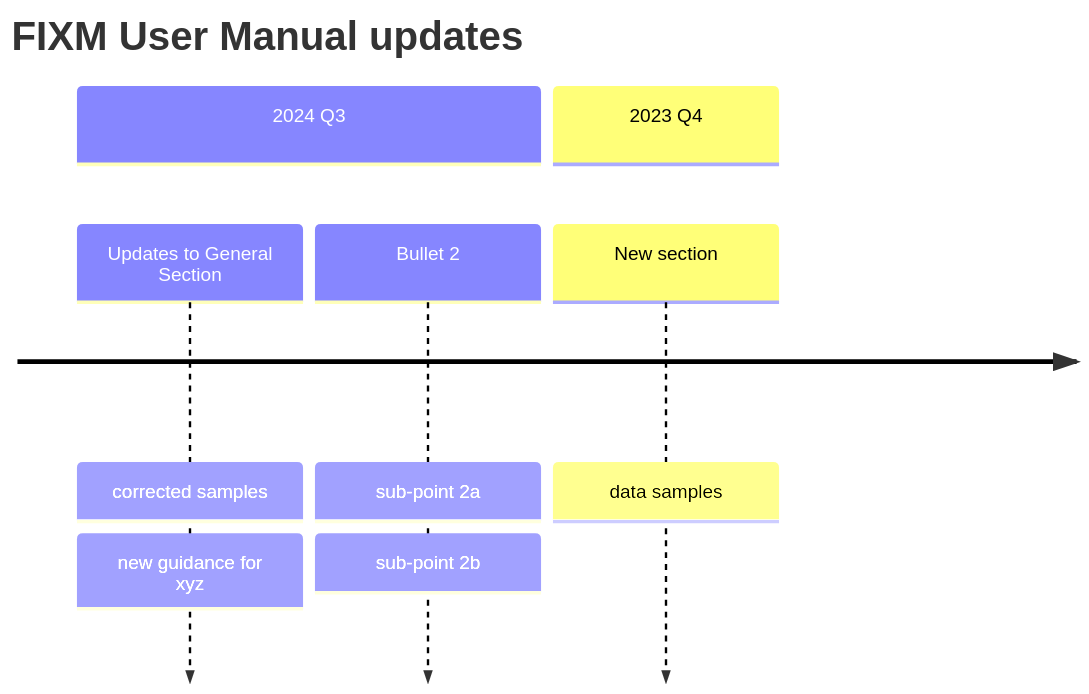
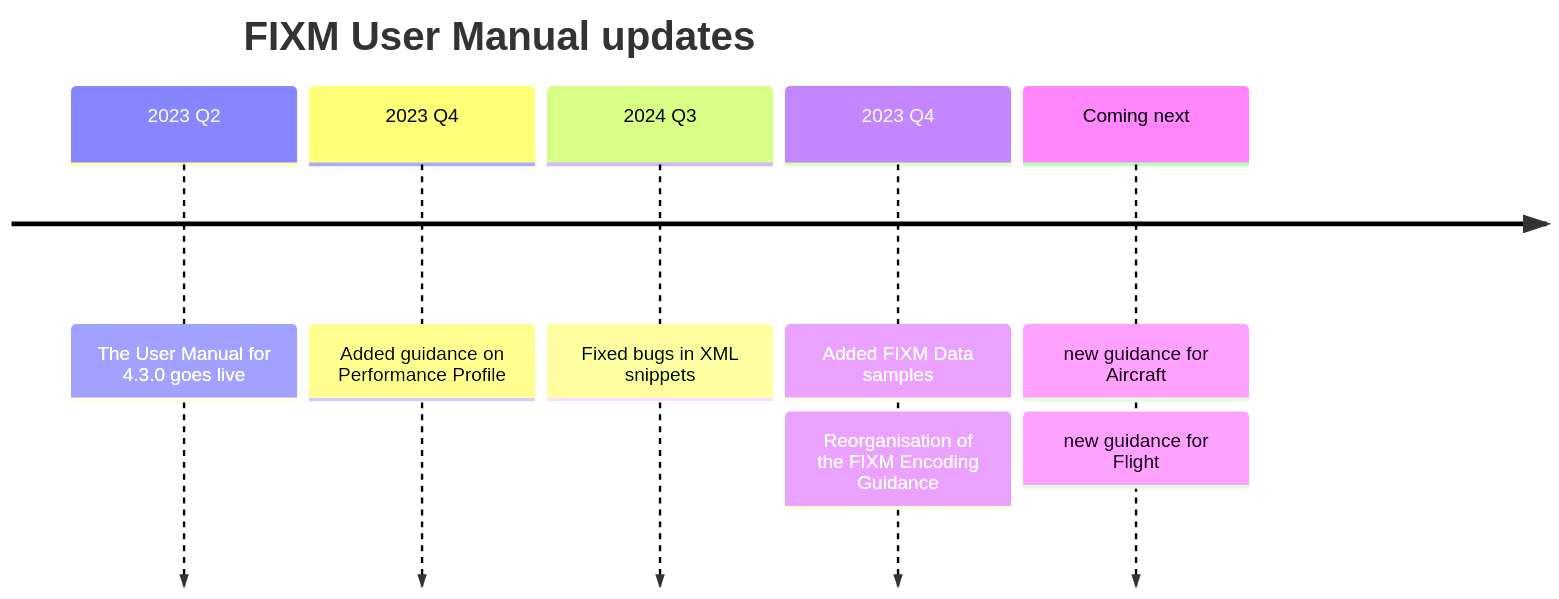
Before and after one commit to fixm-ccb/sandbox: the diagram in docs/topic3/test_fx_flight.md, drawn with Mermaid.

````diff
--- a/docs/topic3/test_fx_flight.md
+++ b/docs/topic3/test_fx_flight.md
@@ -4,9 +4,9 @@
 ```mermaid
 timeline
-        title FIXM User Manual updates 
-        section 2024 Q3 
-          Updates to General Section : corrected samples : new guidance for xyz               
-          Bullet 2 : sub-point 2a : sub-point 2b
-        section 2023 Q4
-          New section : data samples          
+  title FIXM User Manual updates 
+    2023 Q2 : The User Manual for 4.3.0 goes live
+    2023 Q4 : Added guidance on Performance Profile
+    2024 Q3 : Fixed bugs in XML snippets
+    2023 Q4 : Added FIXM Data samples : Reorganisation of the FIXM Encoding Guidance
+    Coming next : new guidance for Aircraft : new guidance for Flight
 ```
````
